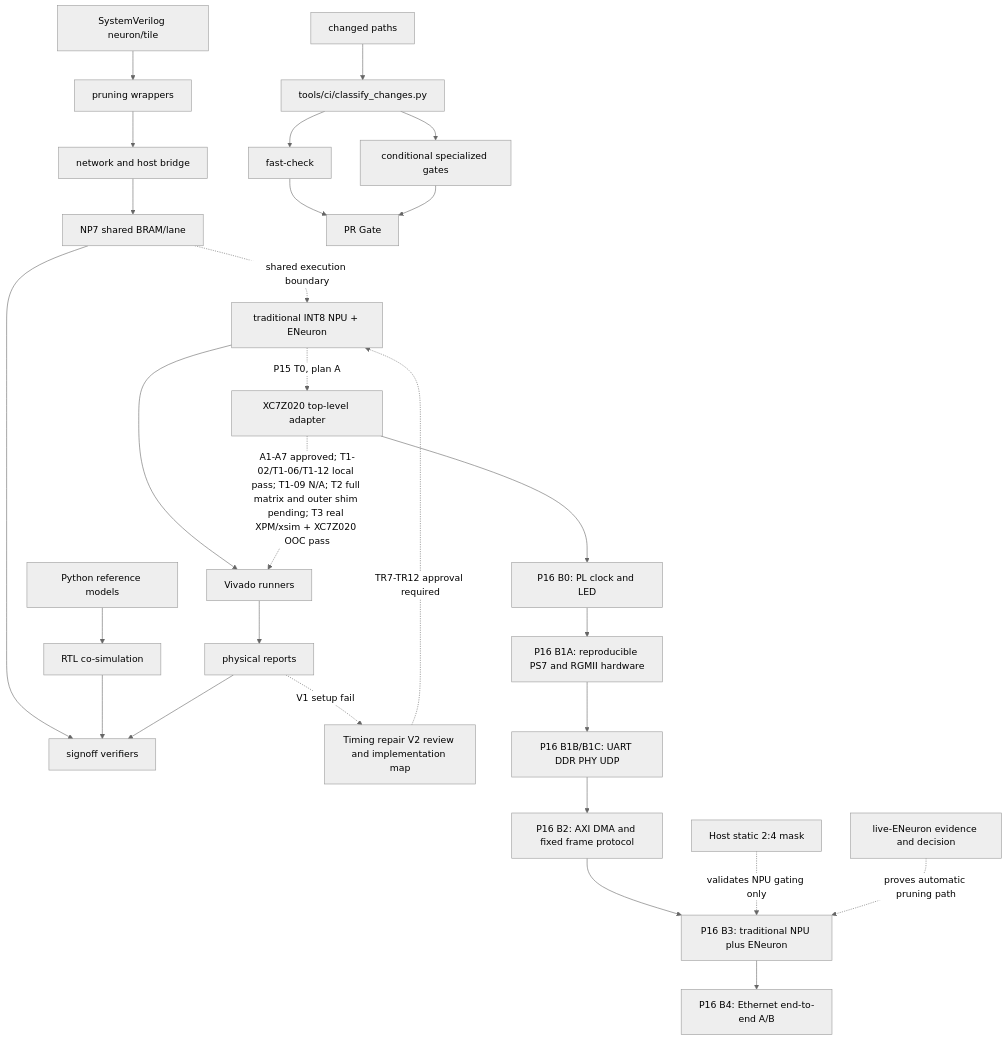
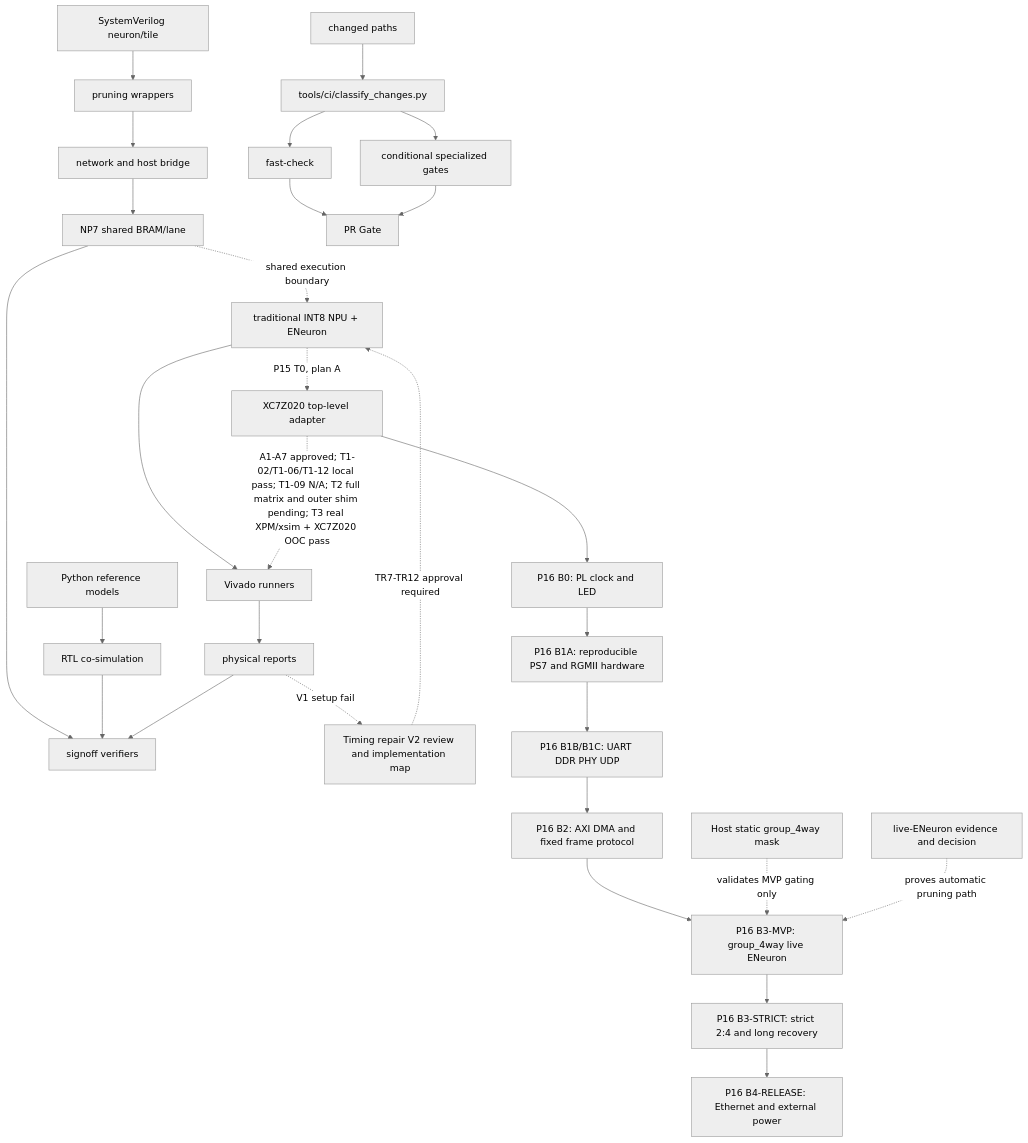
Before and after one commit to Epslion404/ENeuron: the diagram in .nexus-map/arch/dependencies.md, drawn with Mermaid (neutral theme). The commit also changed other lines of this file and 9 other files, not shown here.

Commit message:
docs(nexus): record B3-09 live ENeuron board pass

````diff
--- a/.nexus-map/arch/dependencies.md
+++ b/.nexus-map/arch/dependencies.md
@@ -21,30 +25,31 @@
 ```mermaid
 graph TD
   ref[Python reference models] --> cosim[RTL co-simulation]
   rtl[SystemVerilog neuron/tile] --> wrap[pruning wrappers]
   wrap --> net[network and host bridge]
   net --> np7[NP7 shared BRAM/lane]
   np7 --> verify[signoff verifiers]
   cosim --> verify[signoff verifiers]
   vivado[Vivado runners] --> reports[physical reports]
   reports --> verify
   reports -. V1 setup fail .-> timing[Timing repair V2 review and implementation map]
   timing -. TR7-TR12 approval required .-> npu
   np7 -. shared execution boundary .-> npu[traditional INT8 NPU + ENeuron]
   npu --> vivado
   npu -. P15 T0, plan A .-> p15[XC7Z020 top-level adapter]
   p15 -. A1-A7 approved; T1-02/T1-06/T1-12 local pass; T1-09 N/A; T2 full matrix and outer shim pending; T3 real XPM/xsim + XC7Z020 OOC pass .-> vivado
   p15 --> b0[P16 B0: PL clock and LED]
   b0 --> b1a[P16 B1A: reproducible PS7 and RGMII hardware]
   b1a --> b1[P16 B1B/B1C: UART DDR PHY UDP]
   b1 --> b2[P16 B2: AXI DMA and fixed frame protocol]
-  b2 --> b3[P16 B3: traditional NPU plus ENeuron]
-  b3 --> b4[P16 B4: Ethernet end-to-end A/B]
-  hostmask[Host static 2:4 mask] -. validates NPU gating only .-> b3
-  live[live-ENeuron evidence and decision] -. proves automatic pruning path .-> b3
+  b2 --> mvp[P16 B3-MVP: group_4way live ENeuron]
+  mvp --> strict[P16 B3-STRICT: strict 2:4 and long recovery]
+  strict --> release[P16 B4-RELEASE: Ethernet and external power]
+  hostmask[Host static group_4way mask] -. validates MVP gating only .-> mvp
+  live[live-ENeuron evidence and decision] -. proves automatic pruning path .-> mvp
   changes[changed paths] --> classify[tools/ci/classify_changes.py]
   classify --> fast[fast-check]
   classify --> specialized[conditional specialized gates]
   fast --> gate[PR Gate]
   specialized --> gate
 ```
````
